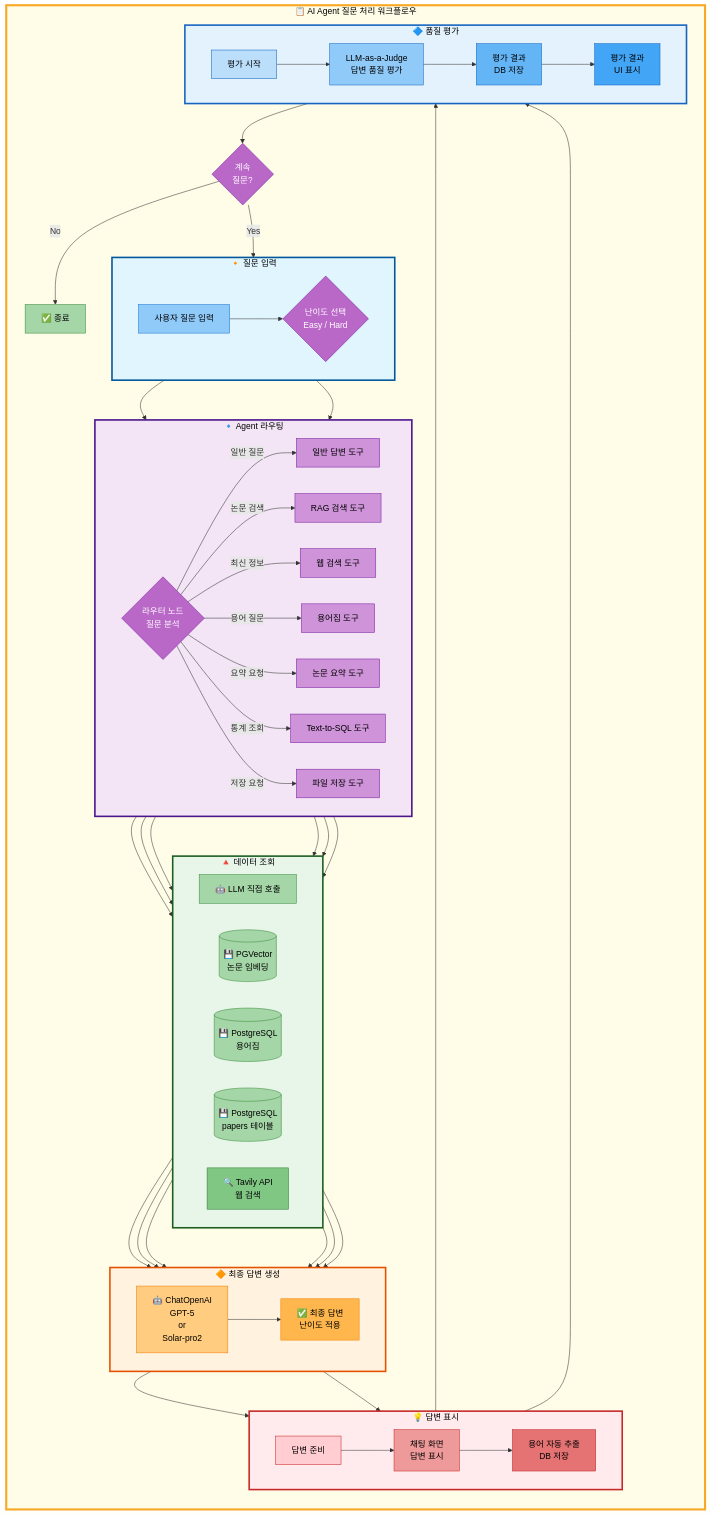
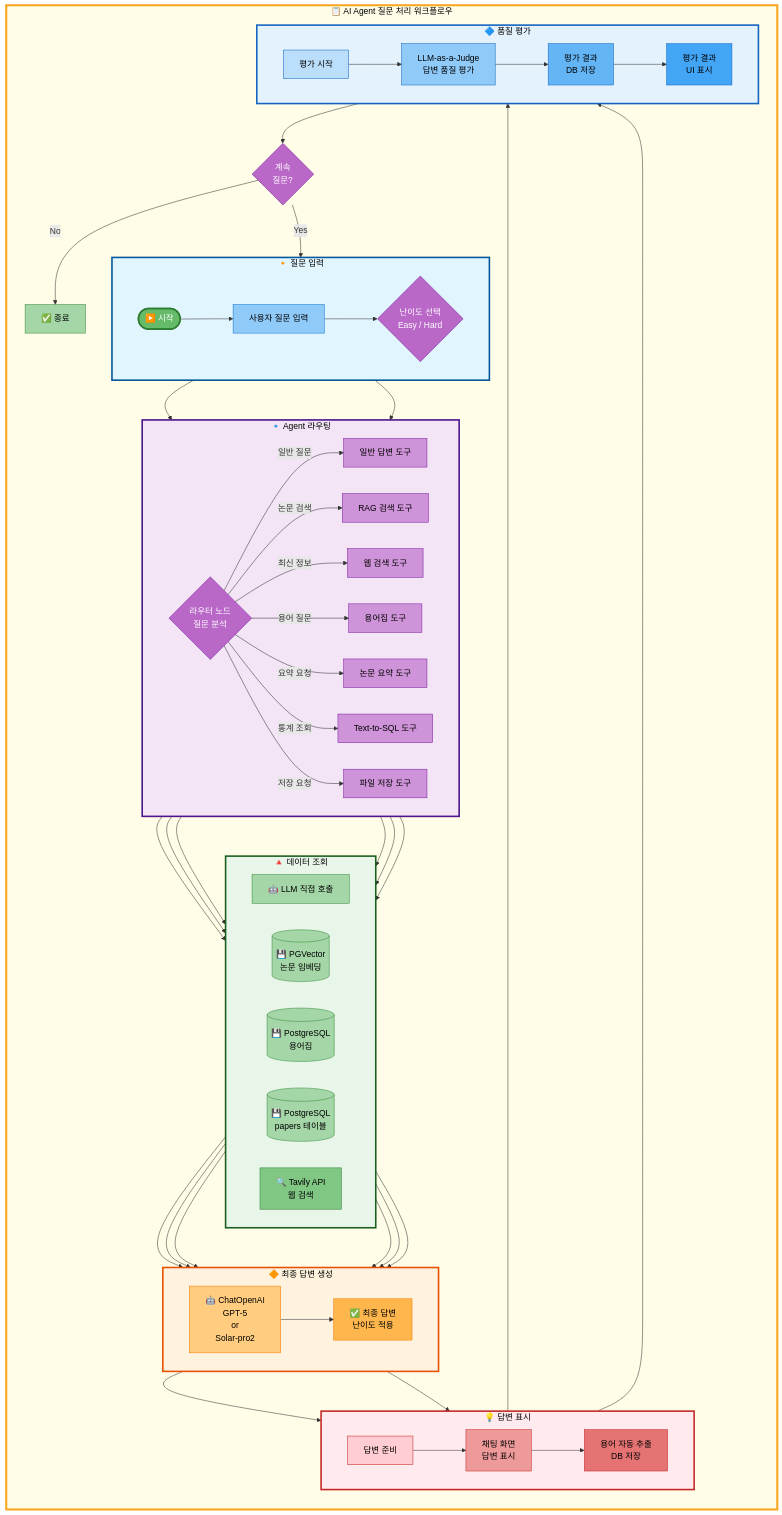
Before and after one commit to AIBootcamp14/langchainproject-new-langchainproject_5: the second of 3 diagrams in docs/modularization/01_프로젝트_구조.md, drawn with Mermaid.

Commit message:
docs: 사용자 질문 처리 흐름에 시작 노드 추가
- ▶️ 시작 노드 추가 (질문 입력 단계)
- 흐름: 시작 → 사용자 질문 입력 → 난이도 선택
- 녹색 둥근 모양으로 시작점 명확화

```diff
--- a/docs/modularization/01_프로젝트_구조.md
+++ b/docs/modularization/01_프로젝트_구조.md
@@ -121,7 +121,8 @@
 
         subgraph Input["🔸 질문 입력"]
             direction LR
-            User[사용자 질문 입력] --> Difficulty{난이도 선택<br/>Easy / Hard}
+            Start([▶️ 시작]) --> User[사용자 질문 입력]
+            User --> Difficulty{난이도 선택<br/>Easy / Hard}
         end
 
         subgraph AgentProcessing["🔹 Agent 라우팅"]
@@ -193,6 +194,7 @@
     style Evaluation fill:#e3f2fd,stroke:#1565c0,stroke-width:3px,color:#000
 
     %% 노드 스타일 (입력 - 파랑 계열)
+    style Start fill:#66bb6a,stroke:#2e7d32,stroke-width:3px,color:#fff
     style User fill:#90caf9,stroke:#1976d2,color:#000
     style Difficulty fill:#ba68c8,stroke:#7b1fa2,color:#fff
 
```
